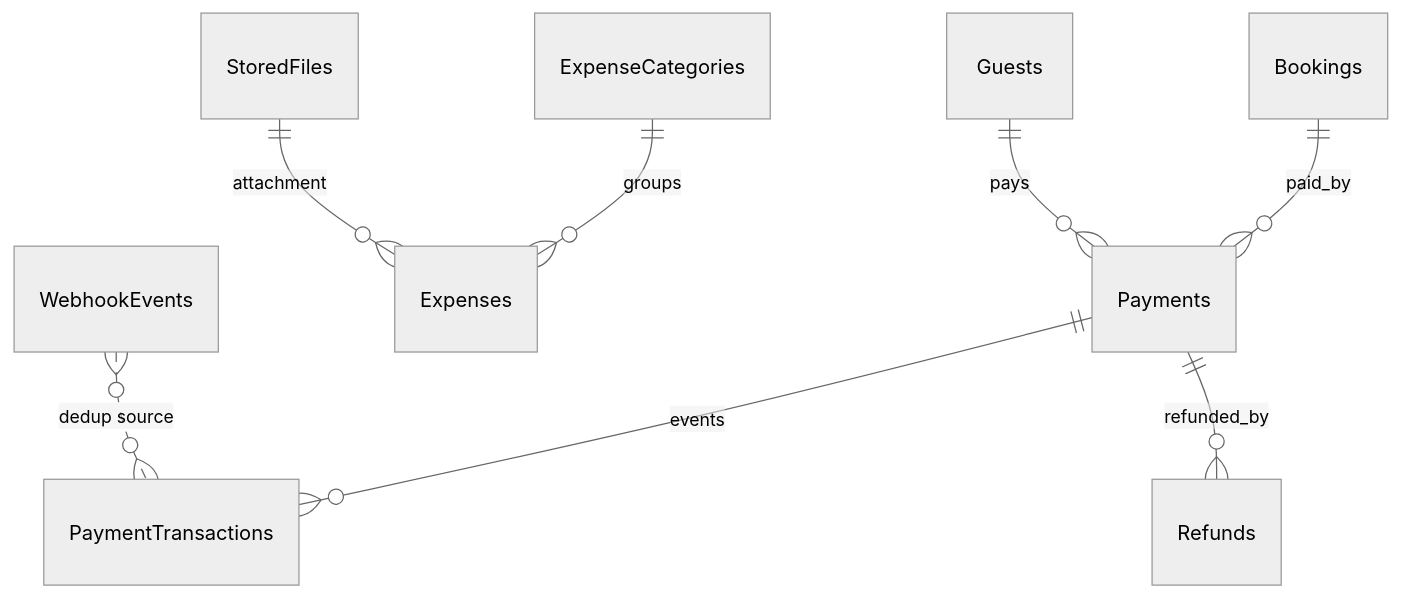
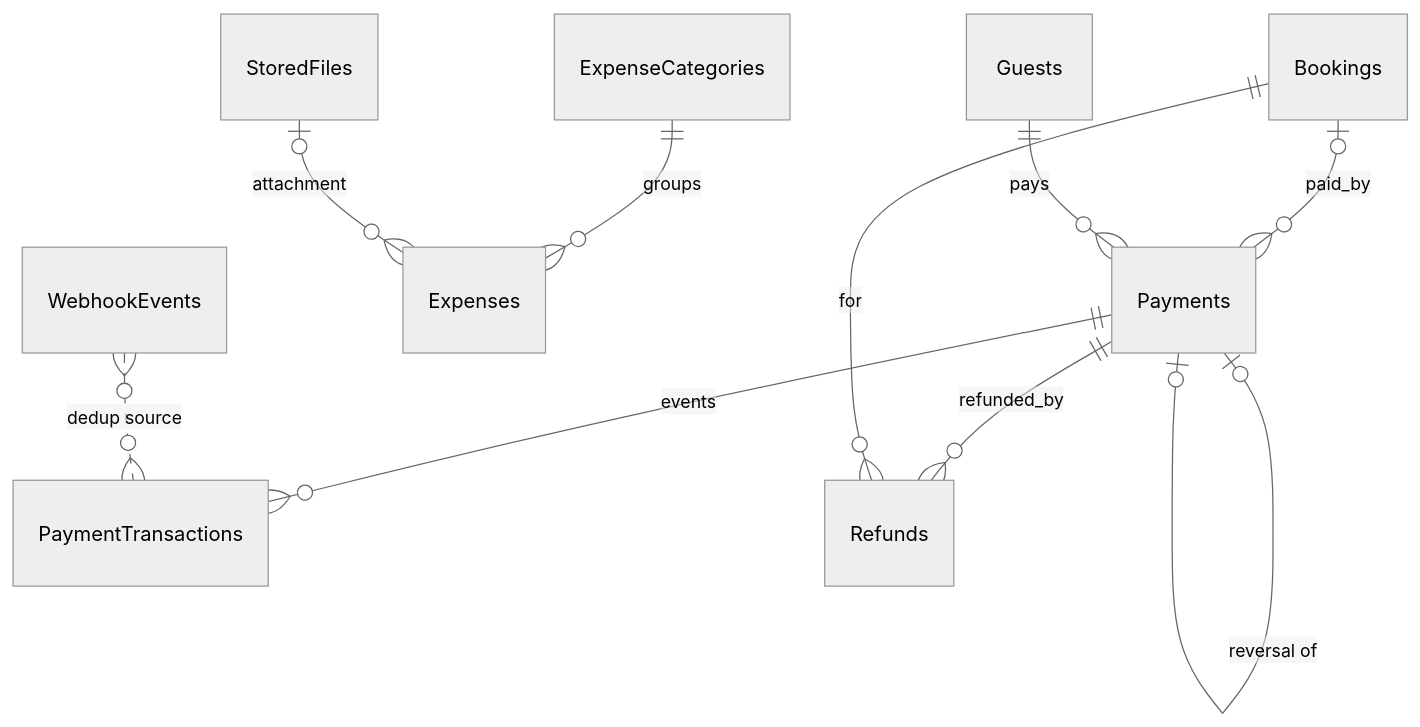
The fourth of 6 diagrams in docs/database/er-diagram.md (AdiletToigonbaev/hms), drawn with Mermaid (neutral theme) before and after one commit. The commit also changed other lines of this file and 10 other files, not shown here.

````diff
--- a/docs/database/er-diagram.md
+++ b/docs/database/er-diagram.md
@@ -48,10 +55,12 @@
 ```mermaid
 erDiagram
-  Bookings ||--o{ Payments : paid_by
+  Bookings |o--o{ Payments : paid_by
   Guests ||--o{ Payments : pays
+  Payments |o--o| Payments : "reversal of"
   Payments ||--o{ PaymentTransactions : events
   Payments ||--o{ Refunds : refunded_by
+  Bookings ||--o{ Refunds : for
   ExpenseCategories ||--o{ Expenses : groups
-  StoredFiles ||--o{ Expenses : attachment
+  StoredFiles |o--o{ Expenses : attachment
   WebhookEvents }o..o{ PaymentTransactions : "dedup source"
 ```
````
